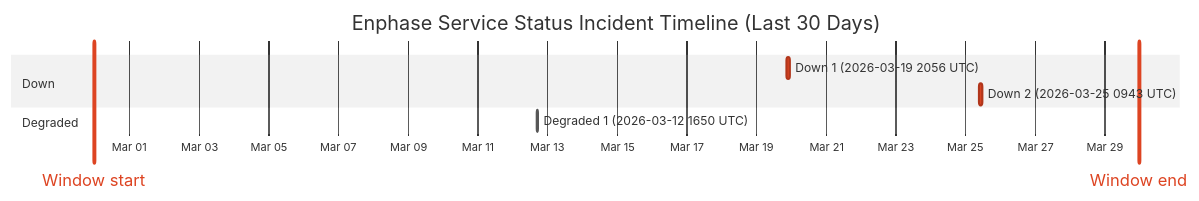
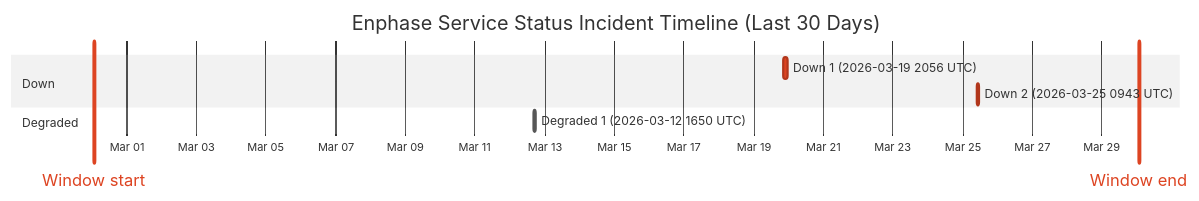
The diagram in wiki/Service-Status-History.md (barneyonline/ha-enphase-ev-charger), drawn with Mermaid (neutral theme) before and after one commit. The commit also changed other lines of this file and 3 other files, not shown here.

````diff
--- a/wiki/Service-Status-History.md
+++ b/wiki/Service-Status-History.md
@@ -14,13 +14,13 @@
 ```mermaid
 gantt
     title Enphase Service Status Incident Timeline (Last 30 Days)
     dateFormat  YYYY-MM-DDTHH:mm:ss
     axisFormat  %b %d
-    Window start :vert, window-start, 2026-02-27T23:23:26, 0ms
-    Window end :vert, window-end, 2026-03-29T23:23:26, 0ms
+    Window start :vert, window-start, 2026-02-28T01:27:15, 0ms
+    Window end :vert, window-end, 2026-03-30T01:27:15, 0ms
     section Down
     Down 1 (2026-03-19 2056 UTC) :crit, down-1, 2026-03-19T20:56:20, 145m
     Down 2 (2026-03-25 0943 UTC) :crit, down-2, 2026-03-25T09:43:28, 111m
     section Degraded
     Degraded 1 (2026-03-12 1650 UTC) :active, degraded-1, 2026-03-12T16:50:43, 60m
 ```
````
